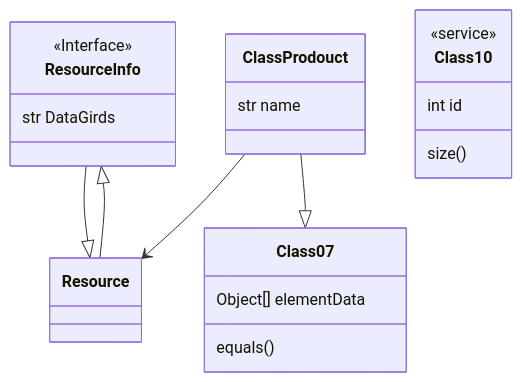
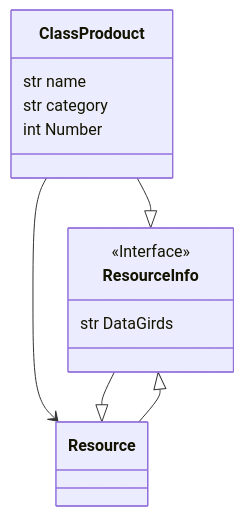
One commit to Natithorn/Project changed the diagram in README.md. Above: the diagram before and after it, drawn with Mermaid.

````diff
--- a/README.md
+++ b/README.md
@@ -15,17 +15,13 @@
 ```mermaid
 classDiagram
 ResourceInfo --|> Resource 
 <<Interface>> ResourceInfo
 Resource --|> ResourceInfo
 ClassProdouct --> Resource
 ClassProdouct : str name
-ClassProdouct --|> Class07
-Class07 : equals()
-Class07 : Object[] elementData
+ClassProdouct : str category
+ClassProdouct : int Number
+ClassProdouct --|> ResourceInfo
 ResourceInfo : str DataGirds
-class Class10 {
-  <<service>>
-  int id
-  size()
-}
+
 ```
````
